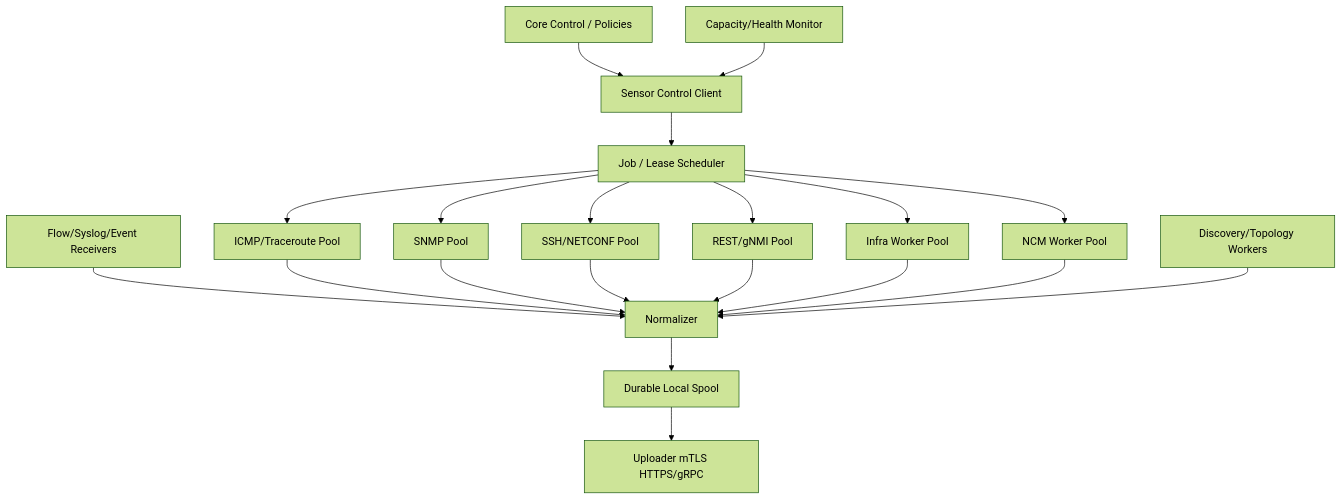
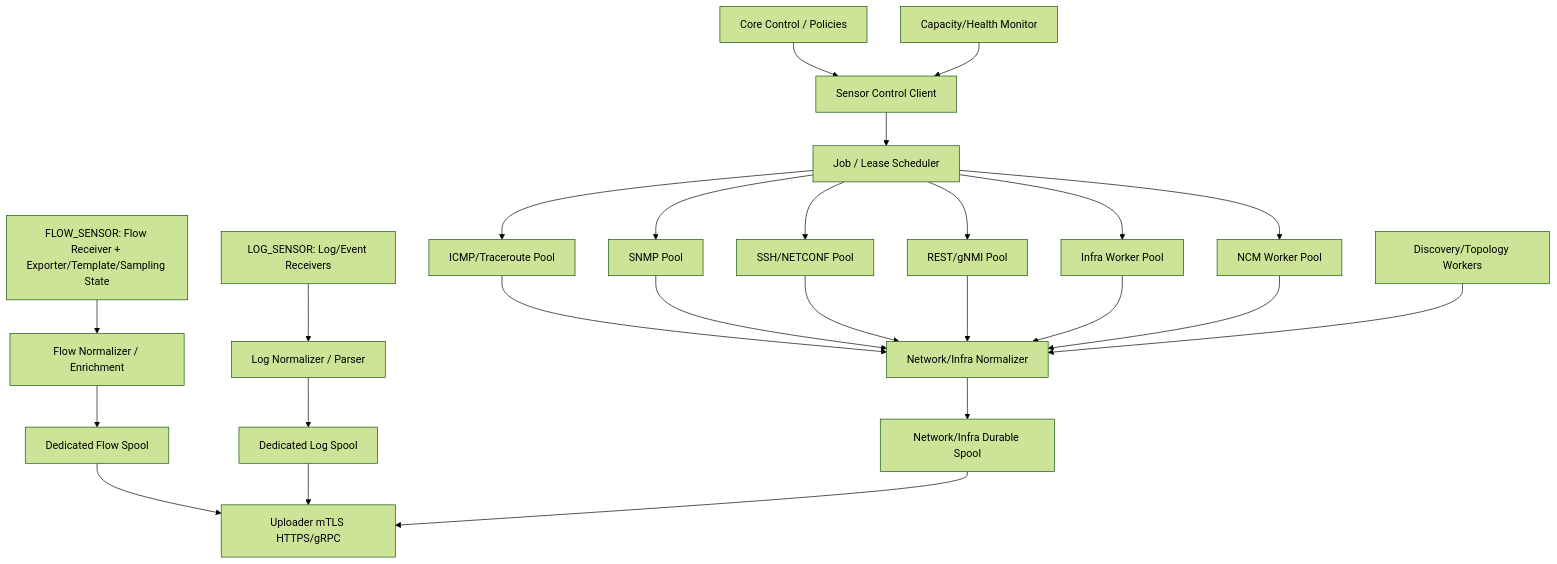
The second of 4 diagrams in project_documentation/Platform_04_HLD.md (gagandsm-max/platform), drawn with Mermaid (forest theme) before and after one commit. The commit also changed other lines of this file, not shown here.

Commit message:
docs: separate Flow/Log Sensor HLD and Flow analytics ownership

````diff
--- a/project_documentation/Platform_04_HLD.md
+++ b/project_documentation/Platform_04_HLD.md
@@ -267,22 +292,27 @@
 ```mermaid
 flowchart TB
   CTRL[Core Control / Policies] --> CLIENT[Sensor Control Client]
   CLIENT --> JOB[Job / Lease Scheduler]
   JOB --> ICMP[ICMP/Traceroute Pool]
   JOB --> SNMP[SNMP Pool]
   JOB --> SSH[SSH/NETCONF Pool]
   JOB --> API[REST/gNMI Pool]
   JOB --> INFRA[Infra Worker Pool]
   JOB --> NCM[NCM Worker Pool]
-  FLOW[Flow/Syslog/Event Receivers] --> NORM[Normalizer]
-  ICMP --> NORM
+  FLOW[FLOW_SENSOR: Flow Receiver + Exporter/Template/Sampling State] --> FNORM[Flow Normalizer / Enrichment]
+  LOG[LOG_SENSOR: Log/Event Receivers] --> LNORM[Log Normalizer / Parser]
+  ICMP --> NORM[Network/Infra Normalizer]
   SNMP --> NORM
   SSH --> NORM
   API --> NORM
   INFRA --> NORM
   NCM --> NORM
-  NORM --> SPOOL[Durable Local Spool]
-  SPOOL --> UP[Uploader mTLS HTTPS/gRPC]
+  FNORM --> FSPOOL[Dedicated Flow Spool]
+  LNORM --> LSPOOL[Dedicated Log Spool]
+  NORM --> SPOOL[Network/Infra Durable Spool]
+  FSPOOL --> UP[Uploader mTLS HTTPS/gRPC]
+  LSPOOL --> UP
+  SPOOL --> UP
   CAP[Capacity/Health Monitor] --> CLIENT
   DISC[Discovery/Topology Workers] --> NORM
 ```
````
